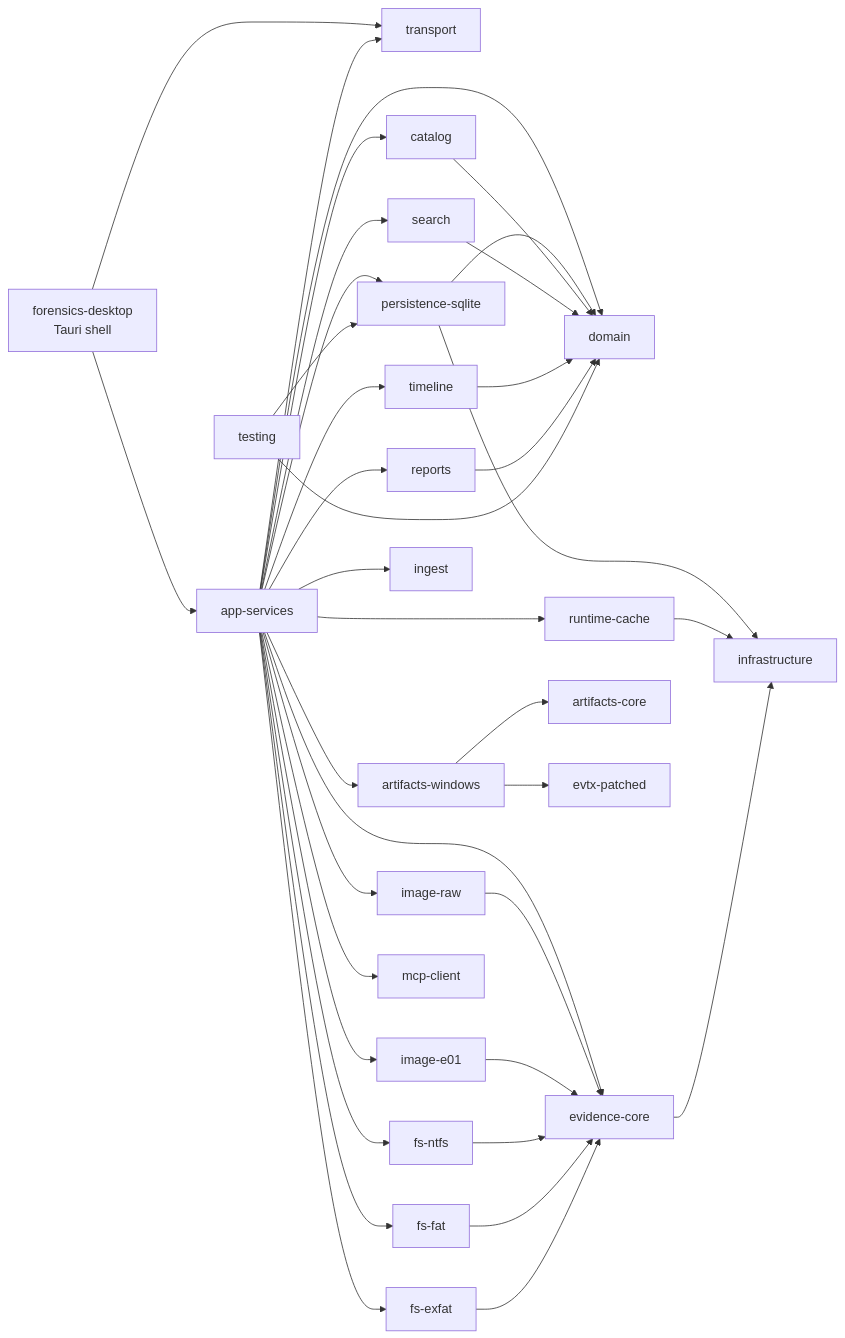
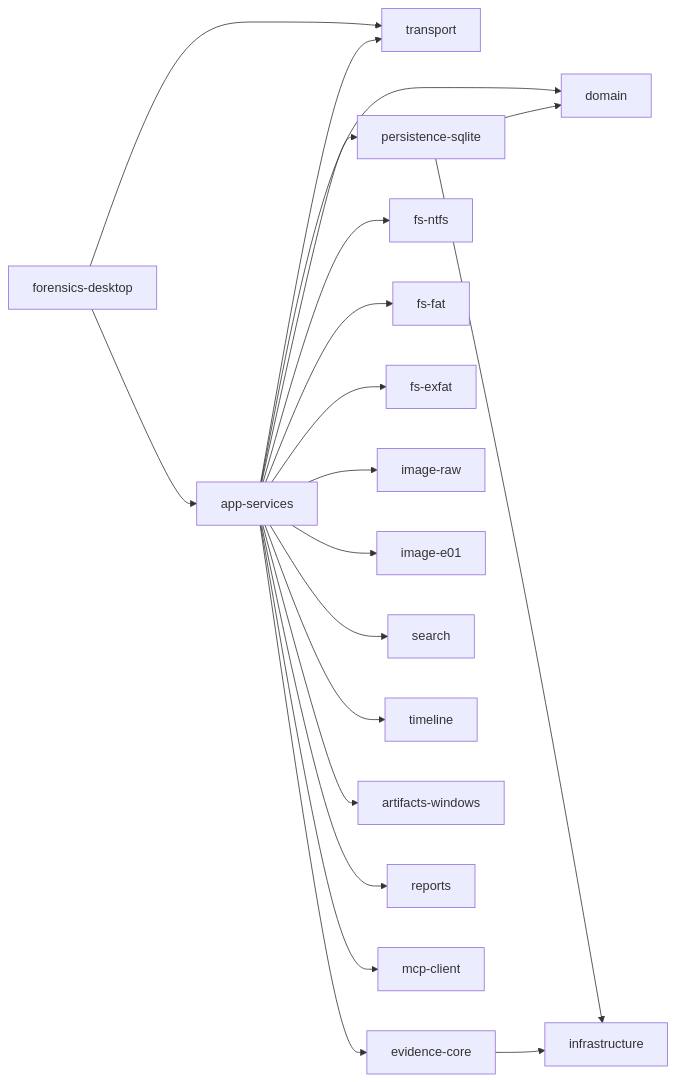
The second of 14 diagrams in docs/model-architecture-algorithm-diagrams.md (lQ-A-Ql/meow-detective), drawn with Mermaid before and after one commit. The commit also changed other lines of this file and 46 other files, not shown here.

````diff
--- a/docs/model-architecture-algorithm-diagrams.md
+++ b/docs/model-architecture-algorithm-diagrams.md
@@ -43,63 +35,40 @@
 ```mermaid
 flowchart LR
-  Desktop["forensics-desktop<br/>Tauri shell"]
+  Desktop["forensics-desktop"]
   App["app-services"]
   Transport["transport"]
   Domain["domain"]
-  Infra["infrastructure"]
   Persistence["persistence-sqlite"]
-  Runtime["runtime-cache"]
   Evidence["evidence-core"]
-  Raw["image-raw"]
-  E01["image-e01"]
   NTFS["fs-ntfs"]
   FAT["fs-fat"]
   EXFAT["fs-exfat"]
-  Catalog["catalog"]
-  Ingest["ingest"]
+  Raw["image-raw"]
+  E01["image-e01"]
   Search["search"]
   Timeline["timeline"]
-  ArtifactsCore["artifacts-core"]
-  ArtifactsWin["artifacts-windows"]
+  Artifacts["artifacts-windows"]
   Reports["reports"]
   Mcp["mcp-client"]
-  Testing["testing"]
-  Evtx["evtx-patched"]
+  Infra["infrastructure"]
 
   Desktop --> App
   Desktop --> Transport
   App --> Transport
   App --> Domain
   App --> Persistence
-  App --> Runtime
   App --> Evidence
-  App --> Raw
-  App --> E01
   App --> NTFS
   App --> FAT
   App --> EXFAT
-  App --> Catalog
-  App --> Ingest
+  App --> Raw
+  App --> E01
   App --> Search
   App --> Timeline
-  App --> ArtifactsWin
+  App --> Artifacts
   App --> Reports
   App --> Mcp
   Persistence --> Domain
   Persistence --> Infra
-  Runtime --> Infra
   Evidence --> Infra
-  Raw --> Evidence
-  E01 --> Evidence
-  NTFS --> Evidence
-  FAT --> Evidence
-  EXFAT --> Evidence
-  Catalog --> Domain
-  Search --> Domain
-  Timeline --> Domain
-  ArtifactsWin --> ArtifactsCore
-  ArtifactsWin --> Evtx
-  Reports --> Domain
-  Testing --> Domain
-  Testing --> Persistence
 ```
````
